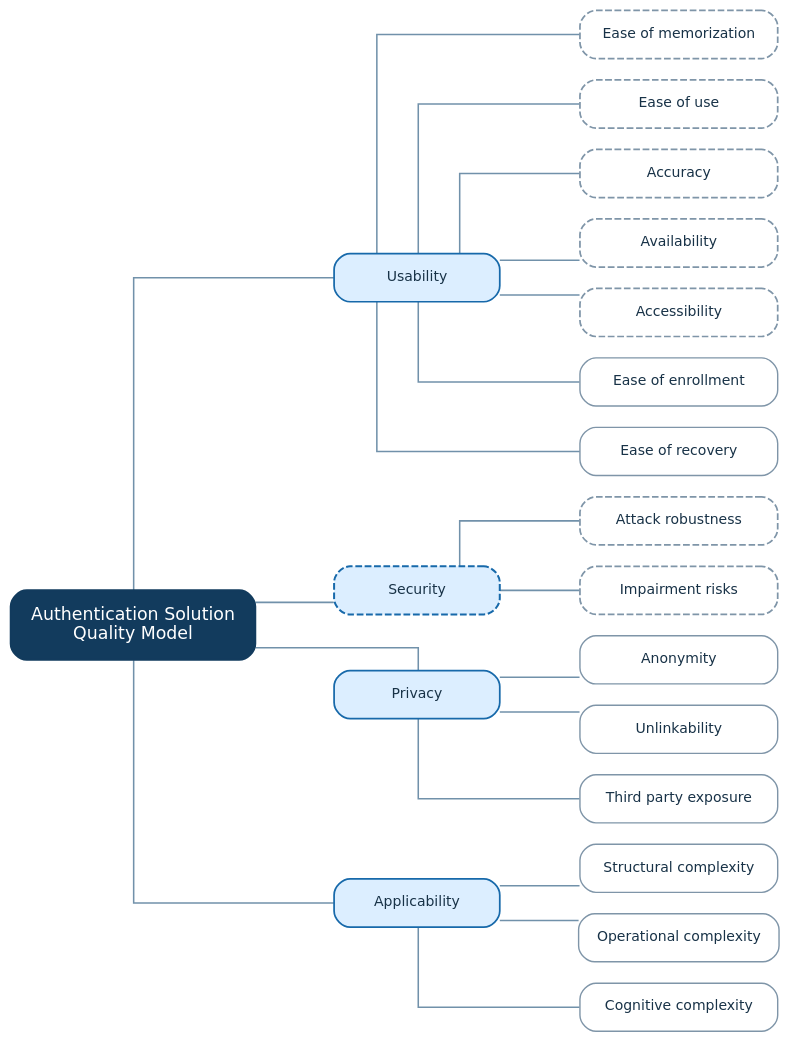
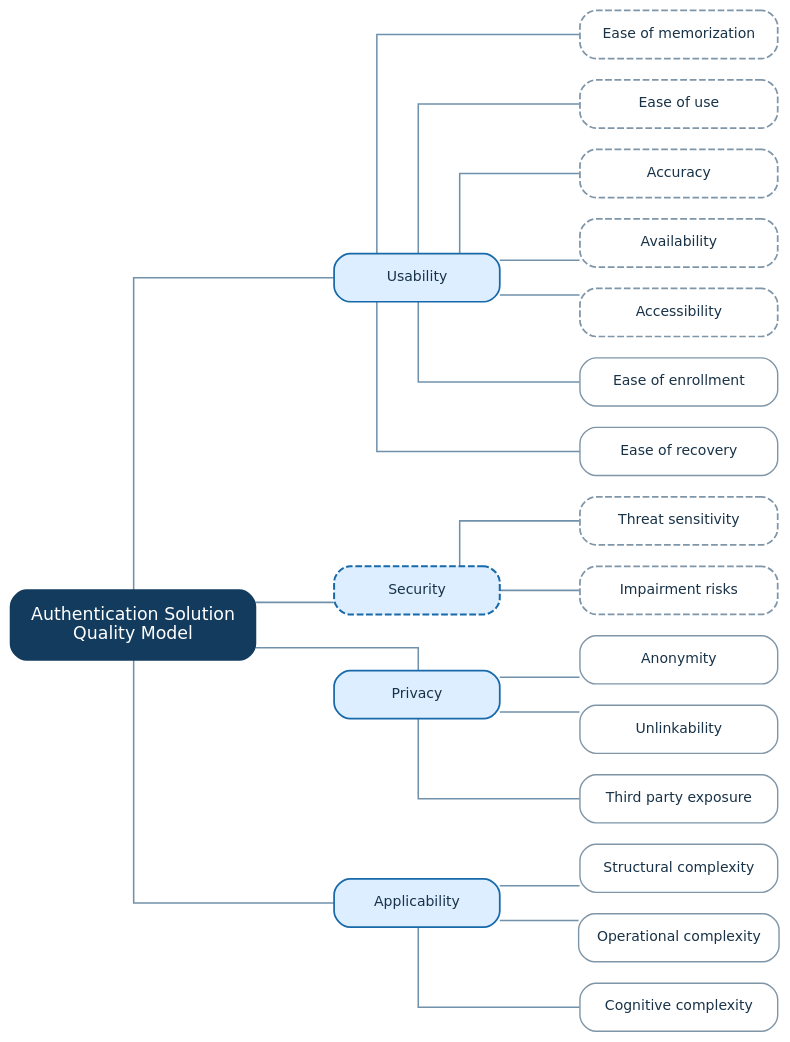
Before and after one commit to aqua-authentication/AQUA: the diagram in trees/solution-tree.dot, drawn with Graphviz. The commit also changed 38 other files, not shown here.

```diff
--- a/trees/solution-tree.dot
+++ b/trees/solution-tree.dot
@@ -1,94 +1,94 @@
 digraph QualityModel {
 
   graph [
     rankdir=LR,
     bgcolor="transparent",
     pad="0.14",
     margin="0.03",
     nodesep="0.22",
     ranksep="0.82",
     splines=ortho,
     outputorder=edgesfirst,
     ordering=out
   ];
 
   node [
     shape=box,
     style="rounded,filled",
     fontname="DejaVu Sans",
     fontsize=10.5,
     color="#7f95a8",
     fontcolor="#183247",
     penwidth=1.05,
     margin="0.18,0.11"
   ];
 
   edge [
     dir=none,
     color="#7191aa",
     penwidth=1.15
   ];
 
   Root [
     label="Authentication Solution\nQuality Model",
     fillcolor="#123b5d",
     fontcolor="white",
     color="#123b5d",
     fontsize=13,
     penwidth=1.5,
     width=2.25,
     height=0.72
   ];
 
   // Quality factors
   Usability       [label="Usability",     fillcolor="#dceeff", color="#1769aa", penwidth=1.3, width=1.72];
   Security        [label="Security",      fillcolor="#dceeff", color="#1769aa", penwidth=1.5, width=1.72, style="rounded,filled,dashed"];
   Privacy         [label="Privacy",       fillcolor="#dceeff", color="#1769aa", penwidth=1.3, width=1.72];
   Applicability   [label="Applicability", fillcolor="#dceeff", color="#1769aa", penwidth=1.3, width=1.72];
 
   // Quality subfactors
   EaseOfMemorization              [label="Ease of memorization",        fillcolor="white", width=2.05, style="rounded,filled,dashed", penwidth=1.3];
   EaseOfUse                       [label="Ease of use",                 fillcolor="white", width=2.05, style="rounded,filled,dashed", penwidth=1.3];
   Accuracy                        [label="Accuracy",                    fillcolor="white", width=2.05, style="rounded,filled,dashed", penwidth=1.3];
   Availability                    [label="Availability",                fillcolor="white", width=2.05, style="rounded,filled,dashed", penwidth=1.3];
   Accessibility                   [label="Accessibility",               fillcolor="white", width=2.05, style="rounded,filled,dashed", penwidth=1.3];
   EaseOfEnrollment                [label="Ease of enrollment",          fillcolor="white", width=2.05];
   EaseOfRecovery                  [label="Ease of recovery",            fillcolor="white", width=2.05];
 
-  AttackRobustness                [label="Attack robustness",          fillcolor="white", width=2.05, style="rounded,filled,dashed", penwidth=1.3];
+  ThreatSensitivity                [label="Threat sensitivity",          fillcolor="white", width=2.05, style="rounded,filled,dashed", penwidth=1.3];
   ImpairmentRisks                 [label="Impairment risks",            fillcolor="white", width=2.05, style="rounded,filled,dashed", penwidth=1.3];
 
   Anonymity                       [label="Anonymity",                   fillcolor="white", width=2.05];
   Unlinkability                   [label="Unlinkability",               fillcolor="white", width=2.05];
   ThirdPartyExposure              [label="Third party exposure",        fillcolor="white", width=2.05];
 
   StructuralComplexity            [label="Structural complexity",       fillcolor="white", width=2.05];
   OperationalComplexity           [label="Operational complexity",      fillcolor="white", width=2.05];
   CognitiveComplexity             [label="Cognitive complexity",        fillcolor="white", width=2.05];
 
  
   Root -> Usability;
   Root -> Security;
   Root -> Privacy;
   Root -> Applicability;
 
   
   Usability -> EaseOfMemorization;
   Usability -> EaseOfUse;
   Usability -> Accuracy;
   Usability -> Availability;
   Usability -> Accessibility;
   Usability -> EaseOfEnrollment;
   Usability -> EaseOfRecovery;
 
-  Security -> AttackRobustness;
+  Security -> ThreatSensitivity;
   Security -> ImpairmentRisks;
 
   Privacy -> Anonymity;
   Privacy -> Unlinkability;
   Privacy -> ThirdPartyExposure;
 
   Applicability -> StructuralComplexity;
   Applicability -> OperationalComplexity;
   Applicability -> CognitiveComplexity;
 }
```
